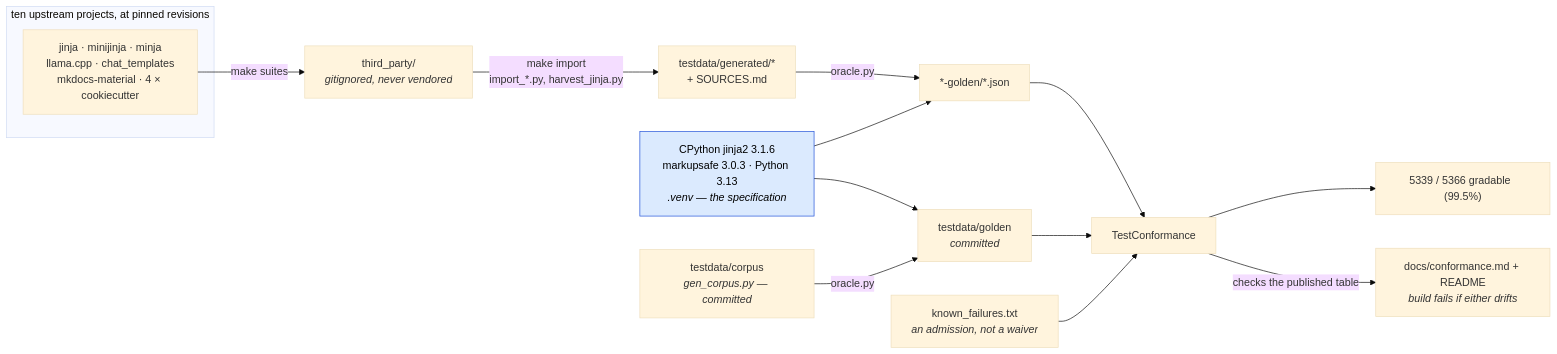
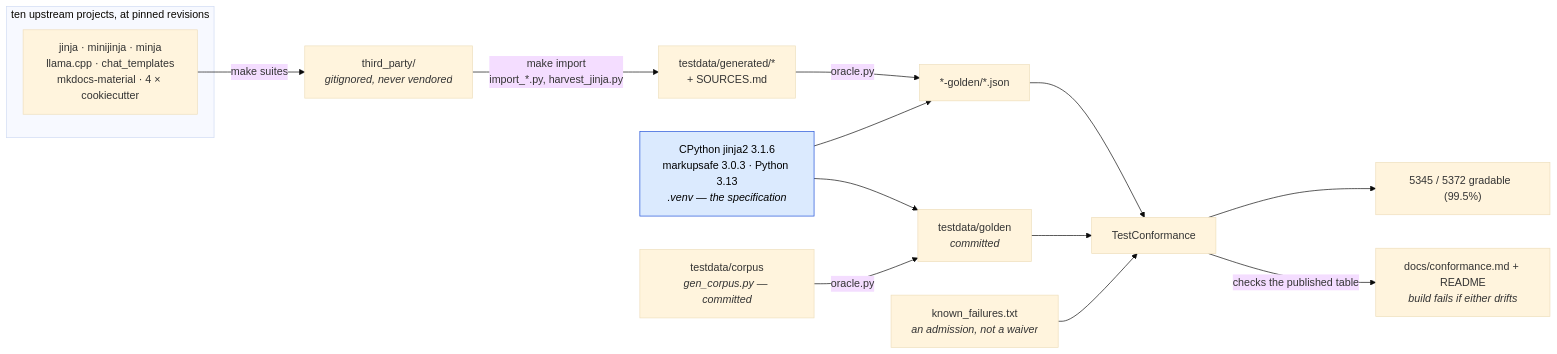
Before and after one commit to mgilbir/gojja2: the first of 2 diagrams in docs/conformance.md, drawn with Mermaid (base theme). The commit also changed other lines of this file and 22 other files, not shown here.

````diff
--- a/docs/conformance.md
+++ b/docs/conformance.md
@@ -17,24 +17,24 @@
 ```mermaid
 flowchart LR
     subgraph up["ten upstream projects, at pinned revisions"]
         U1["jinja · minijinja · minja<br/>llama.cpp · chat_templates<br/>mkdocs-material · 4 × cookiecutter"]
     end
     U1 -->|"make suites"| TP["third_party/<br/><i>gitignored, never vendored</i>"]
     TP -->|"make import<br/>import_*.py, harvest_jinja.py"| GEN["testdata/generated/*<br/>+ SOURCES.md"]
 
     ORA["CPython jinja2 3.1.6<br/>markupsafe 3.0.3 · Python 3.13<br/><i>.venv — the specification</i>"]
     GEN -->|"oracle.py"| G2["*-golden/*.json"]
     ORA --> G2
 
     OWN["testdata/corpus<br/><i>gen_corpus.py — committed</i>"] -->|"oracle.py"| G1["testdata/golden<br/><i>committed</i>"]
     ORA --> G1
 
     G1 --> TC["TestConformance"]
     G2 --> TC
     KF["known_failures.txt<br/><i>an admission, not a waiver</i>"] --> TC
-    TC --> RATE["5339 / 5366 gradable  (99.5%)"]
+    TC --> RATE["5345 / 5372 gradable  (99.5%)"]
     TC -->|"checks the published table"| RM["docs/conformance.md + README<br/><i>build fails if either drifts</i>"]
 
     classDef spec fill:#dbeafe,stroke:#1d4ed8,color:#000
     class ORA spec
 ```
````
